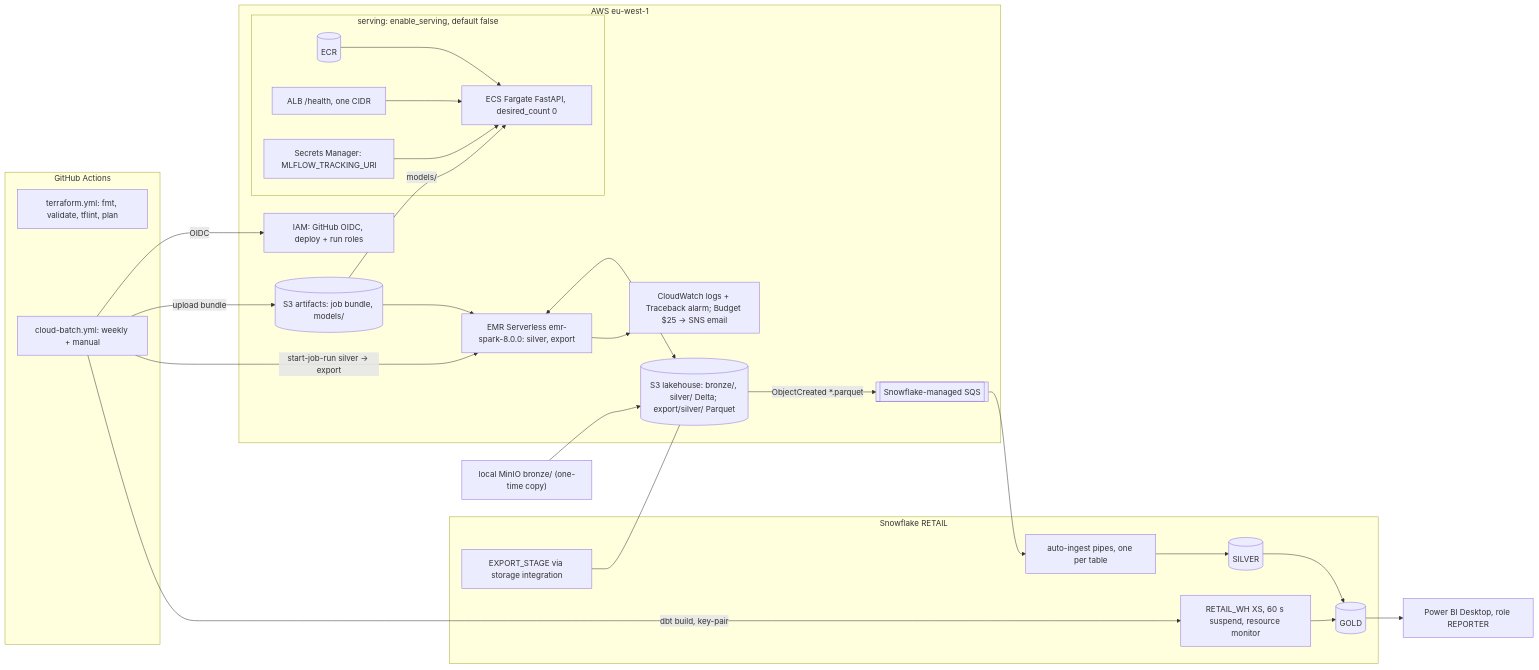
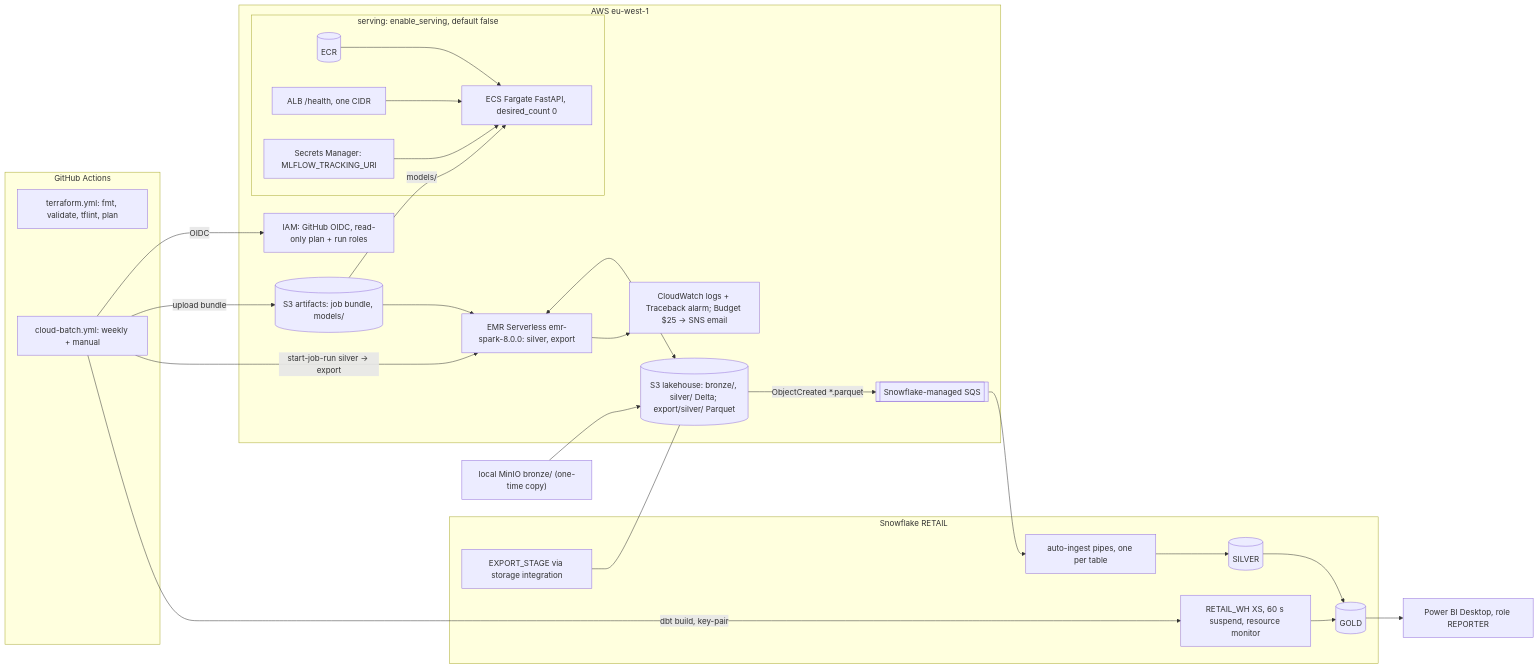
Before and after one commit to zakaria17amir/retail-data-platform: the diagram in docs/cloud-architecture.md, drawn with Mermaid. The commit also changed 17 other files, not shown here.

Commit message:
fix(terraform): read-only plan role, env-only OIDC trust, utc dbt user, sensitive vars, gitignored keys, explicit two-step apply

````diff
--- a/docs/cloud-architecture.md
+++ b/docs/cloud-architecture.md
@@ -10,49 +10,49 @@
 ```mermaid
 flowchart LR
   subgraph GH["GitHub Actions"]
     TF["terraform.yml: fmt, validate, tflint, plan"]
     CB["cloud-batch.yml: weekly + manual"]
   end
   LOCAL["local MinIO bronze/ (one-time copy)"]
   subgraph AWS["AWS eu-west-1"]
-    OIDC["IAM: GitHub OIDC, deploy + run roles"]
+    OIDC["IAM: GitHub OIDC, read-only plan + run roles"]
     ART[("S3 artifacts: job bundle, models/")]
     LH[("S3 lakehouse: bronze/, silver/ Delta; export/silver/ Parquet")]
     EMR["EMR Serverless emr-spark-8.0.0: silver, export"]
     SQS[["Snowflake-managed SQS"]]
     OBS["CloudWatch logs + Traceback alarm; Budget $25 → SNS email"]
     subgraph SRV["serving: enable_serving, default false"]
       ECR[("ECR")]
       ALB["ALB /health, one CIDR"]
       ECS["ECS Fargate FastAPI, desired_count 0"]
       SEC["Secrets Manager: MLFLOW_TRACKING_URI"]
     end
   end
   subgraph SF["Snowflake RETAIL"]
     STAGE["EXPORT_STAGE via storage integration"]
     PIPES["auto-ingest pipes, one per table"]
     SIL[("SILVER")]
     GOLD[("GOLD")]
     WH["RETAIL_WH XS, 60 s suspend, resource monitor"]
   end
   PBI["Power BI Desktop, role REPORTER"]
 
   CB -- "OIDC" --> OIDC
   CB -- "upload bundle" --> ART
   CB -- "start-job-run silver → export" --> EMR
   LOCAL --> LH
   ART --> EMR
   EMR <--> LH
   LH -- "ObjectCreated *.parquet" --> SQS --> PIPES
   STAGE --- LH
   PIPES --> SIL
   CB -- "dbt build, key-pair" --> WH
   WH --> GOLD
   SIL --> GOLD
   GOLD --> PBI
   EMR --> OBS
   ECR --> ECS
   ALB --> ECS
   SEC --> ECS
   ART -- "models/" --> ECS
 ```
````
